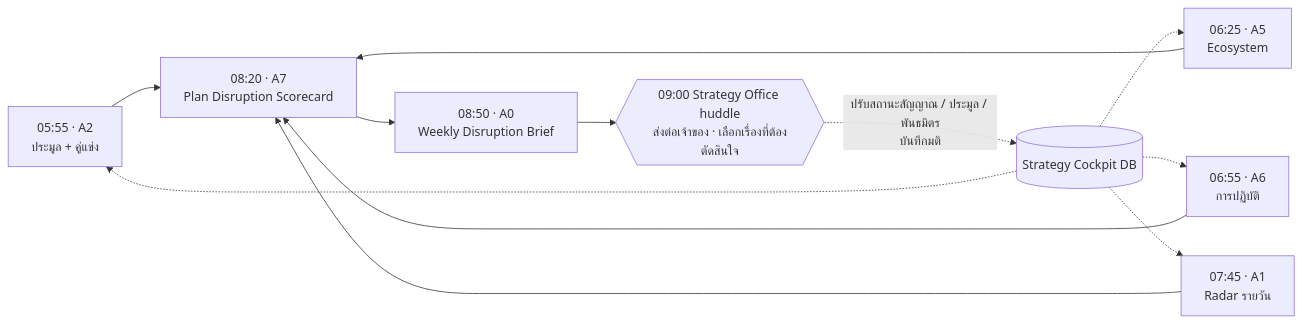
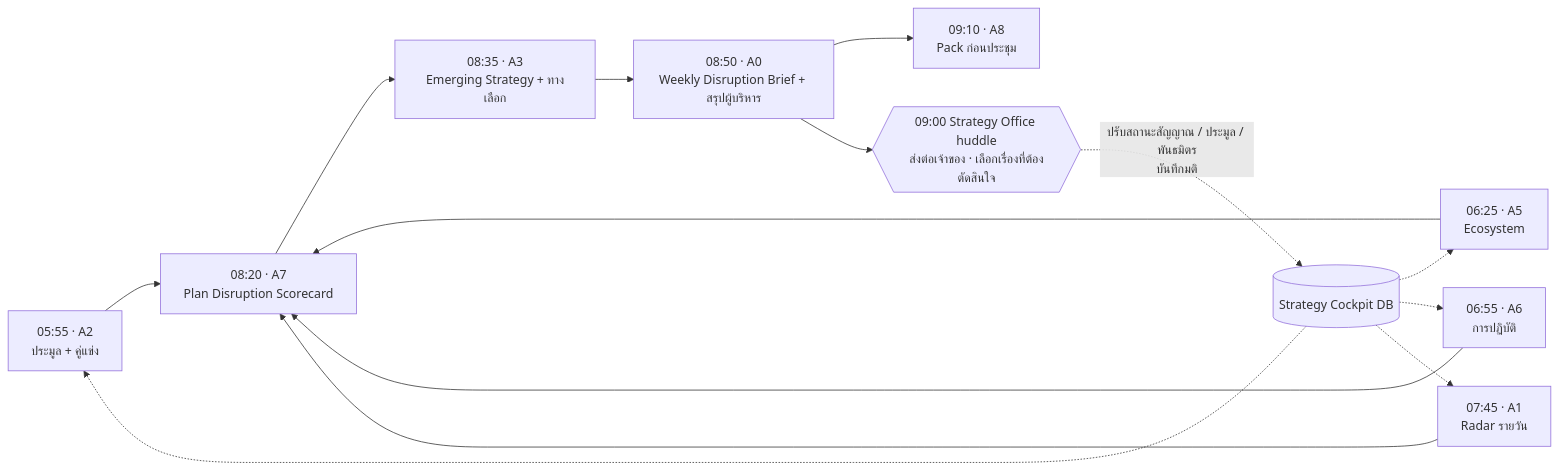
The diagram in knowledge-base/03-weekly-disruption-cycle.md (jinnaphas/strategy), drawn with Mermaid before and after one commit. The commit also changed other lines of this file and 7 other files, not shown here.

First line of the commit message:
Add emerging-strategy design (A3), board packs (A8) and executive briefing

````diff
--- a/knowledge-base/03-weekly-disruption-cycle.md
+++ b/knowledge-base/03-weekly-disruption-cycle.md
@@ -23,11 +23,13 @@
 ```mermaid
 flowchart LR
     A2["05:55 · A2<br/>ประมูล + คู่แข่ง"] --> A7
     A5["06:25 · A5<br/>Ecosystem"] --> A7
     A6["06:55 · A6<br/>การปฏิบัติ"] --> A7
     A1["07:45 · A1<br/>Radar รายวัน"] --> A7
-    A7["08:20 · A7<br/>Plan Disruption Scorecard"] --> A0["08:50 · A0<br/>Weekly Disruption Brief"]
+    A7["08:20 · A7<br/>Plan Disruption Scorecard"] --> A3["08:35 · A3<br/>Emerging Strategy + ทางเลือก"]
+    A3 --> A0["08:50 · A0<br/>Weekly Disruption Brief + สรุปผู้บริหาร"]
+    A0 --> A8["09:10 · A8<br/>Pack ก่อนประชุม"]
     A0 --> H{{"09:00 Strategy Office huddle<br/>ส่งต่อเจ้าของ · เลือกเรื่องที่ต้องตัดสินใจ"}}
     H -. "ปรับสถานะสัญญาณ / ประมูล / พันธมิตร<br/>บันทึกมติ" .-> DB[("Strategy Cockpit DB")]
     DB -.-> A2 & A5 & A6 & A1
 ```
````
